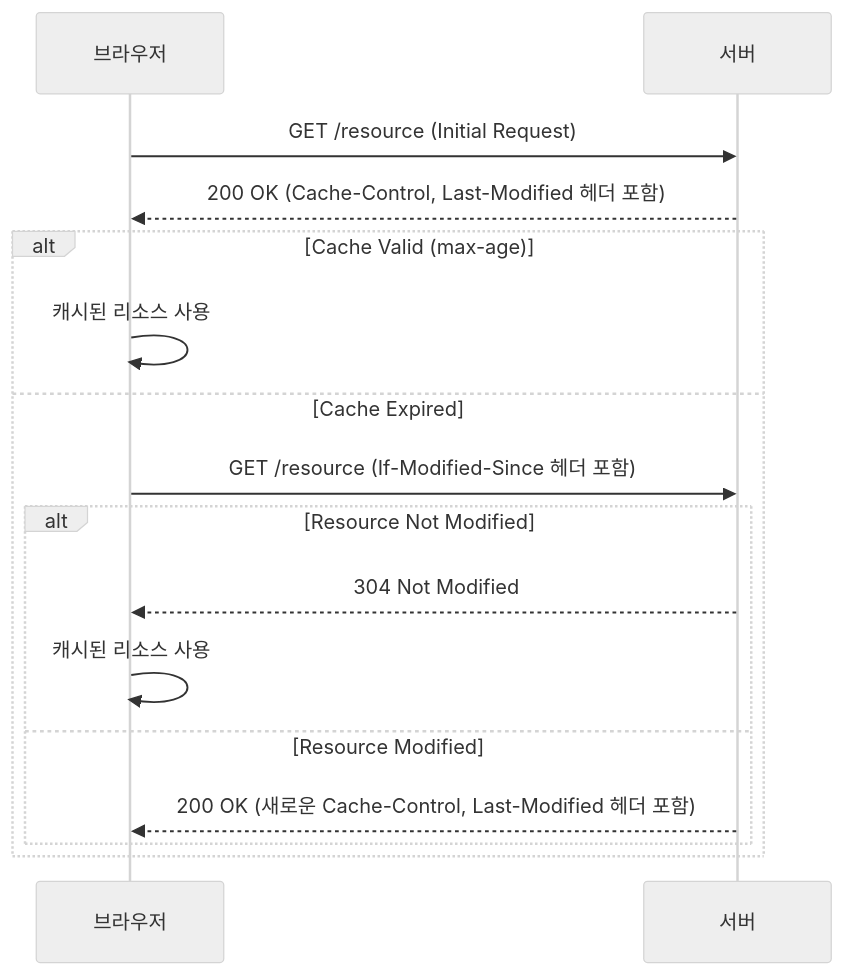
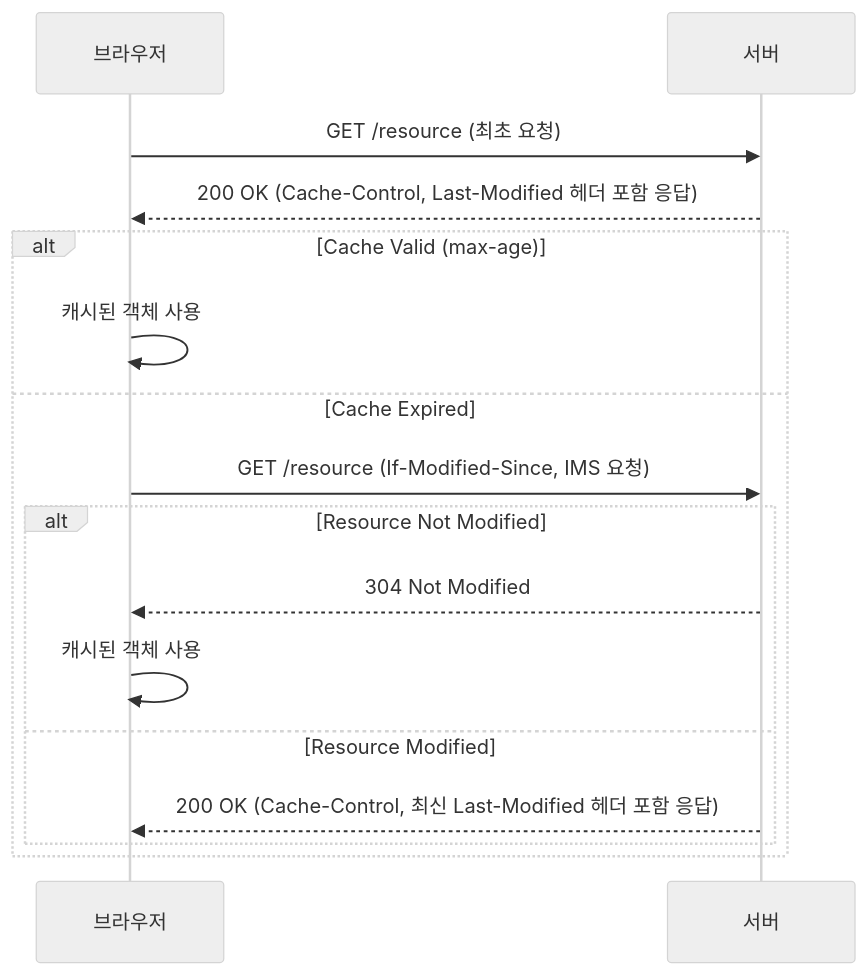
The diagram in _posts/2024-06-20-CDN-Header-2.md (cotes2020/jekyll-theme-chirpy), drawn with Mermaid (neutral theme) before and after one commit. The commit also changed other lines of this file, not shown here.

Commit message:
POST Cache-Control-Header

````diff
--- a/_posts/2024-06-20-CDN-Header-2.md
+++ b/_posts/2024-06-20-CDN-Header-2.md
@@ -17,20 +14,20 @@
 ```mermaid
 sequenceDiagram
     participant 브라우저
     participant 서버
 
-    브라우저->>서버: GET /resource (Initial Request)
-    서버-->>브라우저: 200 OK (Cache-Control, Last-Modified 헤더 포함)
+    브라우저->>서버: GET /resource (최초 요청)
+    서버-->>브라우저: 200 OK (Cache-Control, Last-Modified 헤더 포함 응답)
 
     alt Cache Valid (max-age)
-        브라우저->>브라우저: 캐시된 리소스 사용
+        브라우저->>브라우저: 캐시된 객체 사용
     else Cache Expired
-        브라우저->>서버: GET /resource (If-Modified-Since 헤더 포함)
+        브라우저->>서버: GET /resource (If-Modified-Since, IMS 요청)
         alt Resource Not Modified
             서버-->>브라우저: 304 Not Modified
-            브라우저->>브라우저: 캐시된 리소스 사용
+            브라우저->>브라우저: 캐시된 객체 사용
         else Resource Modified
-            서버-->>브라우저: 200 OK (새로운 Cache-Control, Last-Modified 헤더 포함)
+            서버-->>브라우저: 200 OK (Cache-Control, 최신 Last-Modified 헤더 포함 응답)
         end
     end
 ```
````
